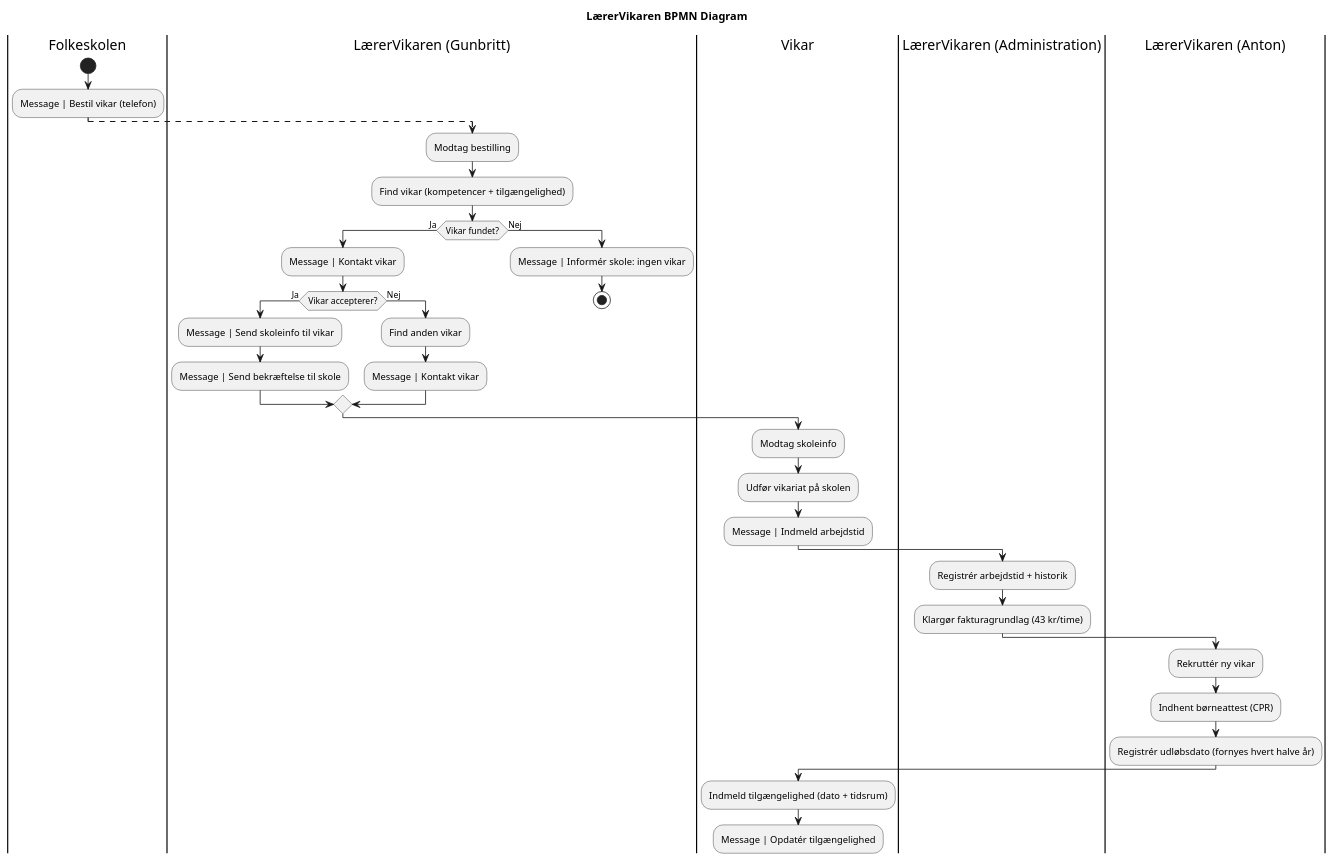
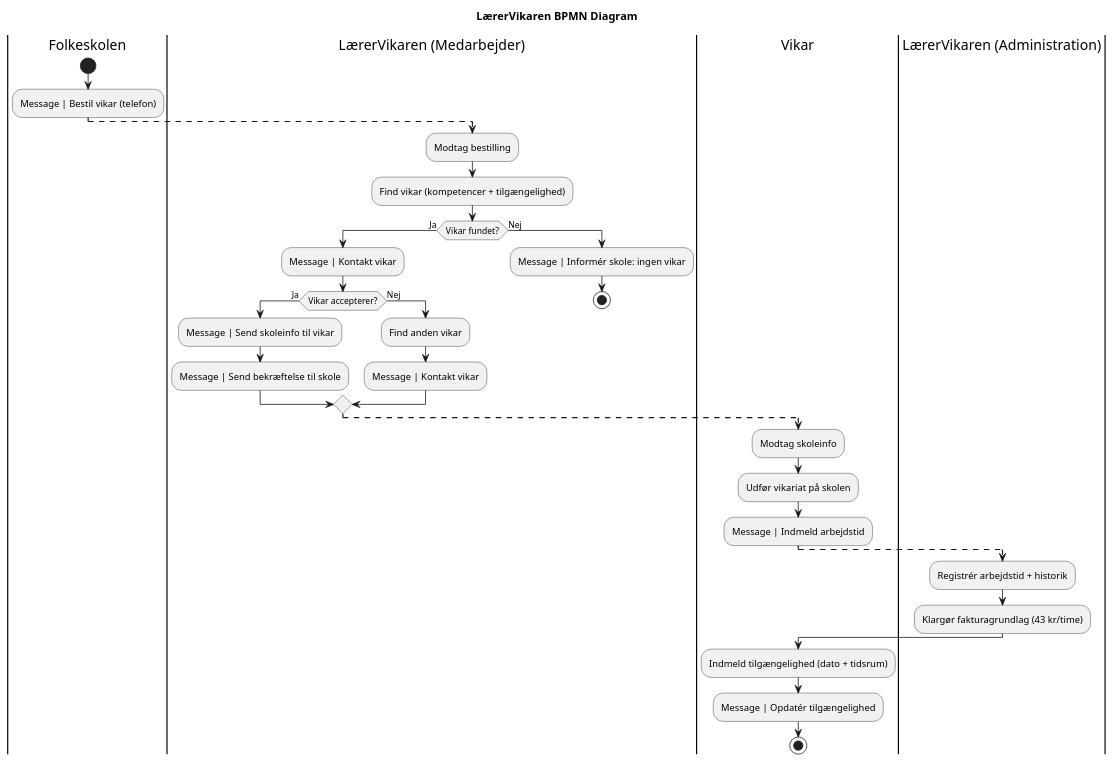
The diagram in Forretningsanalyse/BPMN Diagram.plantuml (senan2315/LaererVikaren), drawn with PlantUML before and after one commit.

Commit message:
rettet BPMN diagram

```diff
--- a/Forretningsanalyse/BPMN Diagram.plantuml
+++ b/Forretningsanalyse/BPMN Diagram.plantuml
@@ -1,45 +1,41 @@
 @startuml LærerVikaren BPMN Diagram
 title LærerVikaren BPMN Diagram
 
 |Folkeskolen|
 start
 :Message | Bestil vikar (telefon);
 
-|LærerVikaren (Gunbritt)|
+|LærerVikaren (Medarbejder)|
 -[dashed]->
 :Modtag bestilling;
 :Find vikar (kompetencer + tilgængelighed);
 if (Vikar fundet?) then (Ja)
   :Message | Kontakt vikar;
   if (Vikar accepterer?) then (Ja)
     :Message | Send skoleinfo til vikar;
     :Message | Send bekræftelse til skole;
   else (Nej)
     :Find anden vikar;
     :Message | Kontakt vikar;
   endif
+  -[dashed]->
 else (Nej)
   :Message | Informér skole: ingen vikar;
   stop
 endif
 
 |Vikar|
--[dashed]->
 :Modtag skoleinfo;
 :Udfør vikariat på skolen;
 :Message | Indmeld arbejdstid;
 
 |LærerVikaren (Administration)|
+-[dashed]->
 :Registrér arbejdstid + historik;
-:Klargør fakturagrundlag (43 kr/time);
-
-|LærerVikaren (Anton)|
-:Rekruttér ny vikar;
-:Indhent børneattest (CPR);
-:Registrér udløbsdato (fornyes hvert halve år);
+:Klargør fakturagrundlag (43 kr/time); 
 
 |Vikar|
 :Indmeld tilgængelighed (dato + tidsrum);
 :Message | Opdatér tilgængelighed;
-
+stop
 @enduml
```
